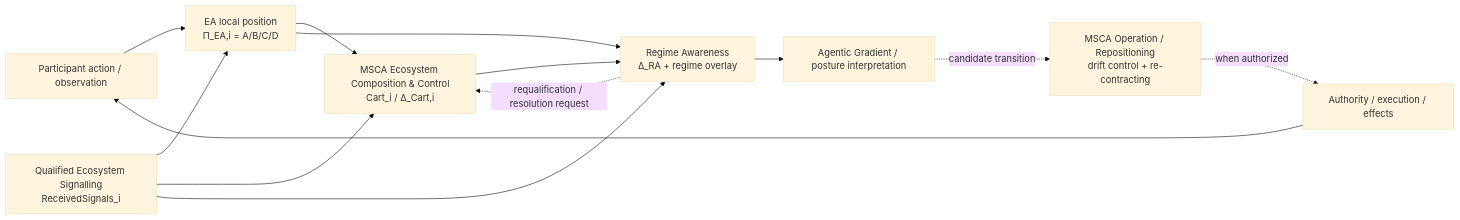
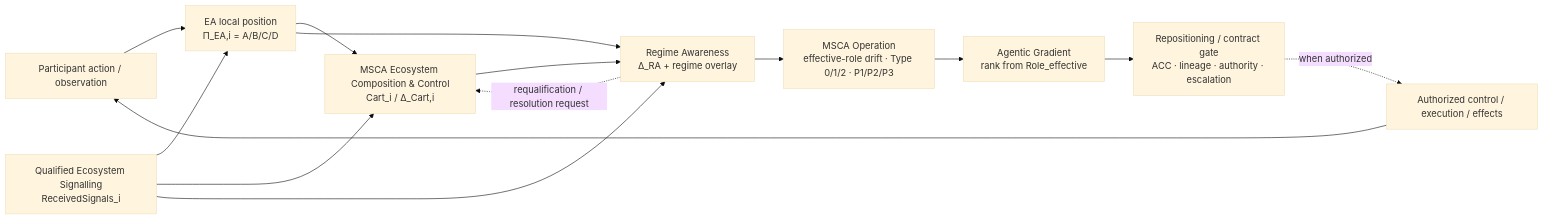
The diagram in architectural-contributions/ecosystem-positioning/README.md (dakleyer/structural-awareness-contributions), drawn with Mermaid (base theme) before and after one commit. The commit also changed other lines of this file, not shown here.

Commit message:
Align Ecosystem Positioning circuit with drift-posture-before-gradient order

````diff
--- a/architectural-contributions/ecosystem-positioning/README.md
+++ b/architectural-contributions/ecosystem-positioning/README.md
@@ -39,24 +39,26 @@
 ```mermaid
 flowchart LR
     A[Participant action / observation]
     E[EA local position<br/>Π_EA,i = A/B/C/D]
     S[Qualified Ecosystem Signalling<br/>ReceivedSignals_i]
     M[MSCA Ecosystem Composition & Control<br/>Cart_i / Δ_Cart,i]
     R[Regime Awareness<br/>Δ_RA + regime overlay]
-    G[Agentic Gradient / posture interpretation]
-    P[MSCA Operation / Repositioning<br/>drift control + re-contracting]
-    H[Authority / execution / effects]
+    D[MSCA Operation<br/>effective-role drift · Type 0/1/2 · P1/P2/P3]
+    G[Agentic Gradient<br/>rank from Role_effective]
+    P[Repositioning / contract gate<br/>ACC · lineage · authority · escalation]
+    H[Authorized control / execution / effects]
 
     A --> E
     S --> E
     E --> M
     S --> M
     M --> R
     E --> R
     S --> R
-    R --> G
-    G -. candidate transition .-> P
+    R --> D
+    D --> G
+    G --> P
     P -. when authorized .-> H
     H --> A
     R -. requalification / resolution request .-> M
 ```
````
